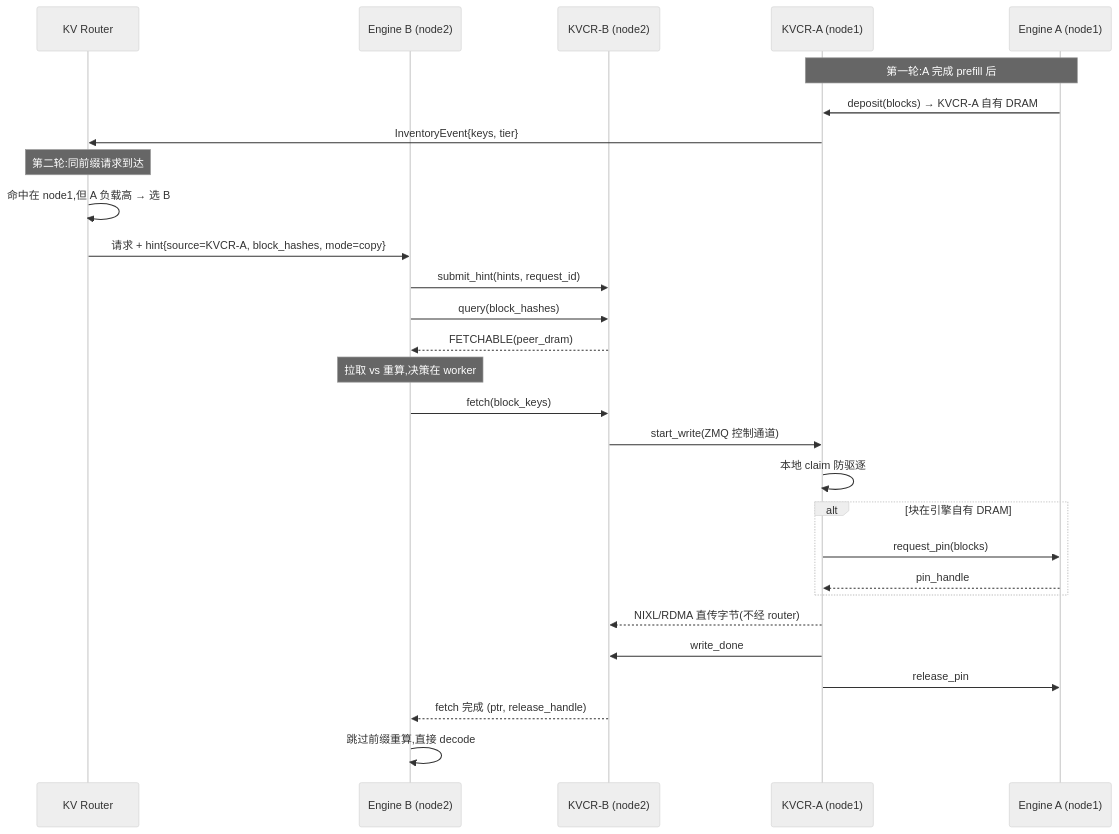
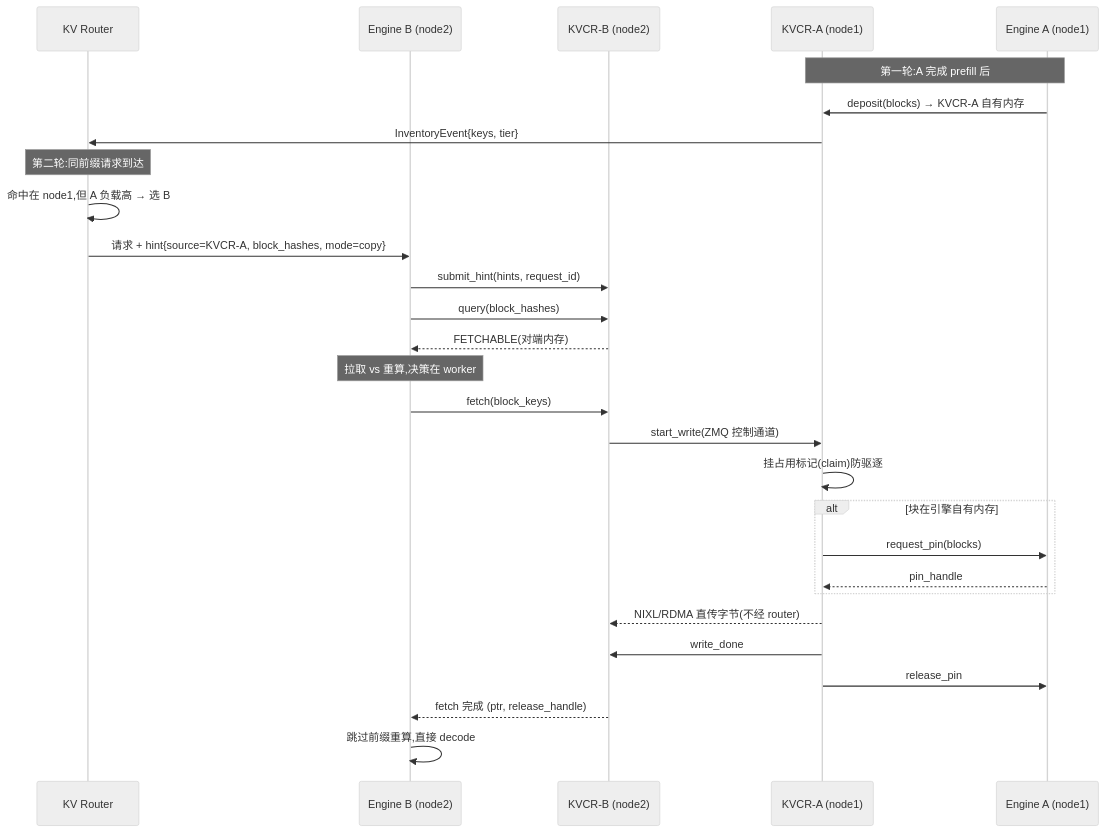
One commit to 5x8-40/lake changed the diagram in docs/research/kvcr/overview.md. Above: the diagram before and after it, drawn with Mermaid (neutral theme). The commit also changed other lines of this file, not shown here.

First line of the commit message:
docs(research): kvcr 通读润色——术语首次出现处就地解释,消除名词堆砌

````diff
--- a/docs/research/kvcr/overview.md
+++ b/docs/research/kvcr/overview.md
@@ -148,32 +152,32 @@
 ```mermaid
 sequenceDiagram
     participant R as KV Router
     participant EB as Engine B (node2)
     participant KB as KVCR-B (node2)
     participant KA as KVCR-A (node1)
     participant EA as Engine A (node1)
 
     Note over EA,KA: 第一轮:A 完成 prefill 后
-    EA->>KA: deposit(blocks) → KVCR-A 自有 DRAM
+    EA->>KA: deposit(blocks) → KVCR-A 自有内存
     KA->>R: InventoryEvent{keys, tier}
 
     Note over R: 第二轮:同前缀请求到达
     R->>R: 命中在 node1,但 A 负载高 → 选 B
     R->>EB: 请求 + hint{source=KVCR-A, block_hashes, mode=copy}
     EB->>KB: submit_hint(hints, request_id)
     EB->>KB: query(block_hashes)
-    KB-->>EB: FETCHABLE(peer_dram)
+    KB-->>EB: FETCHABLE(对端内存)
     Note over EB: 拉取 vs 重算,决策在 worker
     EB->>KB: fetch(block_keys)
     KB->>KA: start_write(ZMQ 控制通道)
-    KA->>KA: 本地 claim 防驱逐
-    alt 块在引擎自有 DRAM
+    KA->>KA: 挂占用标记(claim)防驱逐
+    alt 块在引擎自有内存
         KA->>EA: request_pin(blocks)
         EA-->>KA: pin_handle
     end
     KA-->>KB: NIXL/RDMA 直传字节(不经 router)
     KA->>KB: write_done
     KA->>EA: release_pin
     KB-->>EB: fetch 完成 (ptr, release_handle)
     EB->>EB: 跳过前缀重算,直接 decode
 ```
````
